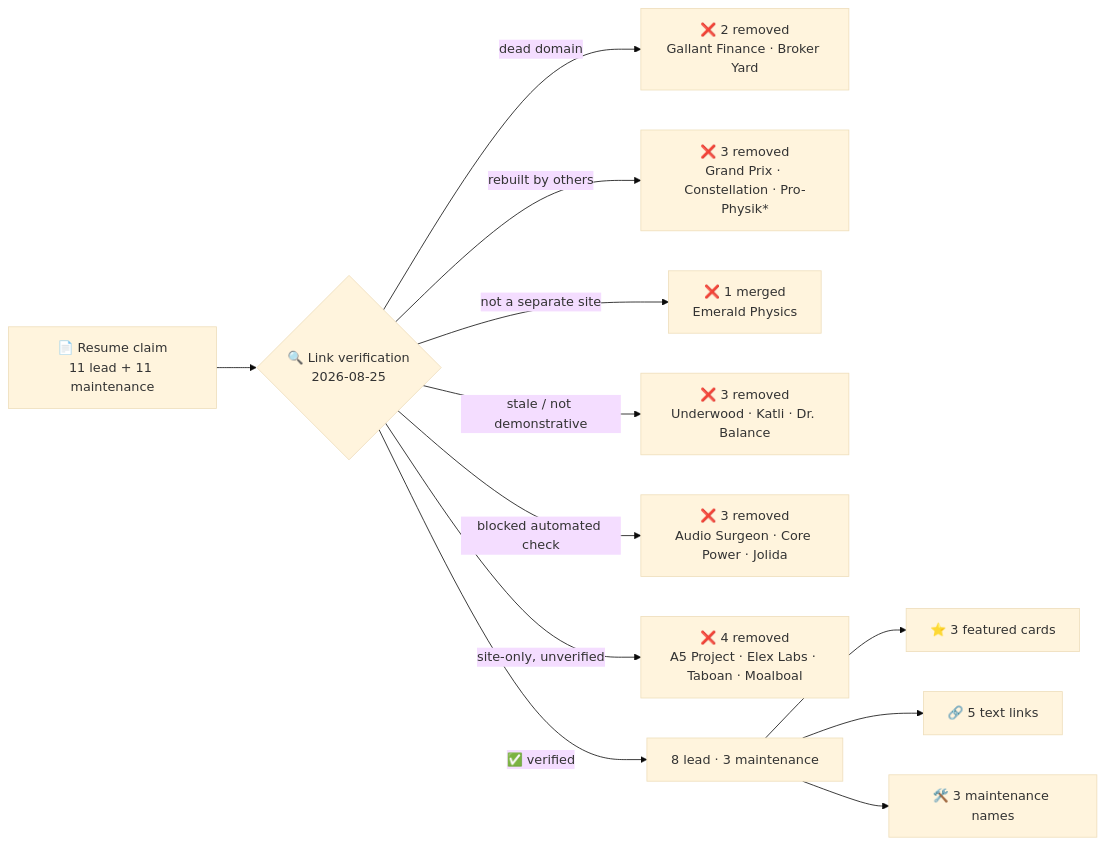
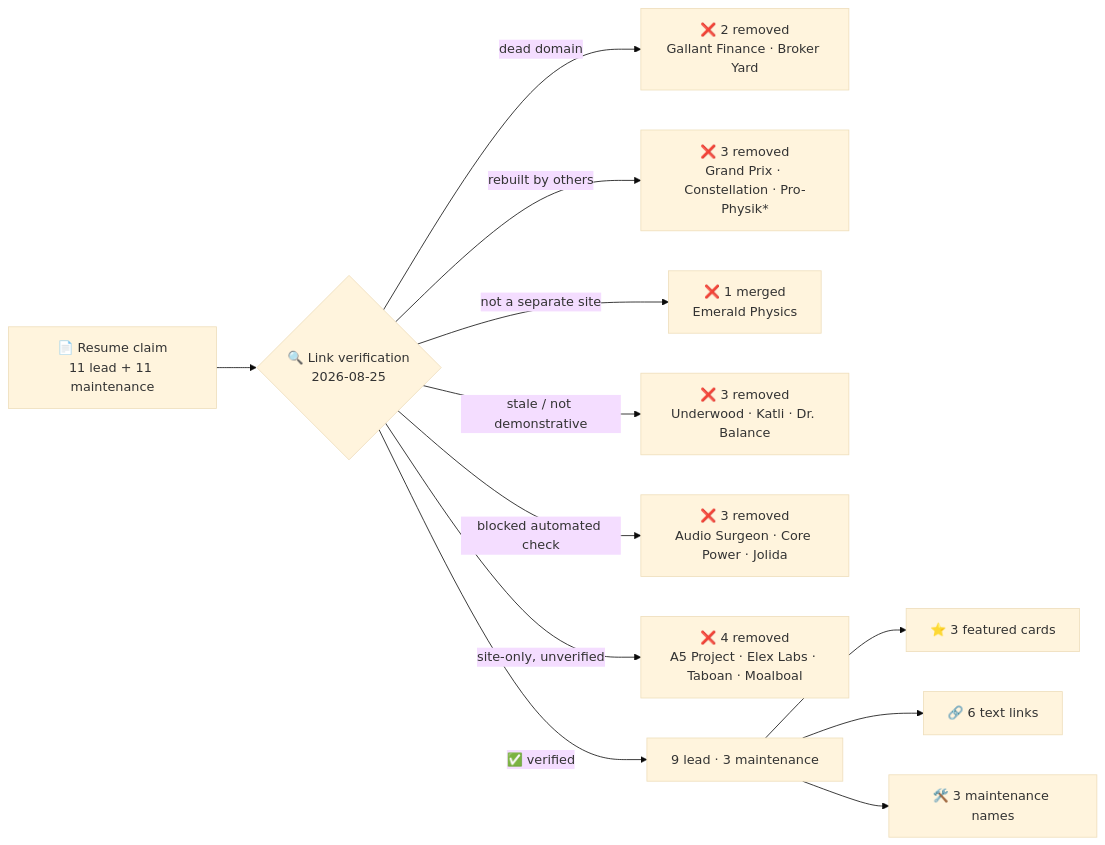
The eighth of 11 diagrams in context/project-overview.md (dasigr/dasigr), drawn with Mermaid (base theme) before and after one commit. The commit also changed other lines of this file and 6 other files, not shown here.

````diff
--- a/context/project-overview.md
+++ b/context/project-overview.md
@@ -808,14 +808,14 @@
 ```mermaid
 flowchart LR
     R["📄 Resume claim<br/>11 lead + 11 maintenance"] --> V{"🔍 Link verification<br/>2026-08-25"}
     V -->|"dead domain"| X1["❌ 2 removed<br/>Gallant Finance · Broker Yard"]
     V -->|"rebuilt by others"| X2["❌ 3 removed<br/>Grand Prix · Constellation · Pro-Physik*"]
     V -->|"not a separate site"| X3["❌ 1 merged<br/>Emerald Physics"]
     V -->|"stale / not demonstrative"| X4["❌ 3 removed<br/>Underwood · Katli · Dr. Balance"]
     V -->|"blocked automated check"| X5["❌ 3 removed<br/>Audio Surgeon · Core Power · Jolida"]
     V -->|"site-only, unverified"| X6["❌ 4 removed<br/>A5 Project · Elex Labs · Taboan · Moalboal"]
-    V -->|"✅ verified"| K["8 lead · 3 maintenance"]
+    V -->|"✅ verified"| K["9 lead · 3 maintenance"]
     K --> F["⭐ 3 featured cards"]
-    K --> L["🔗 5 text links"]
+    K --> L["🔗 6 text links"]
     K --> M["🛠️ 3 maintenance names"]
 ```
````
